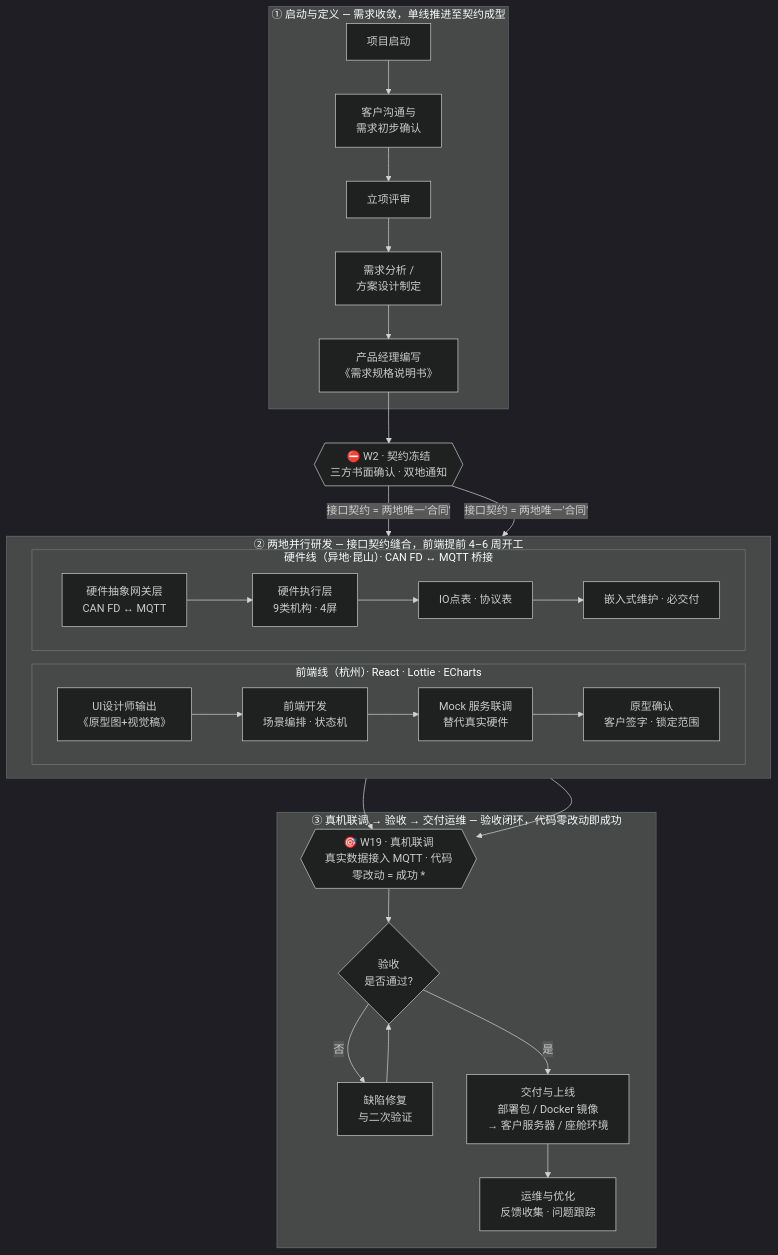
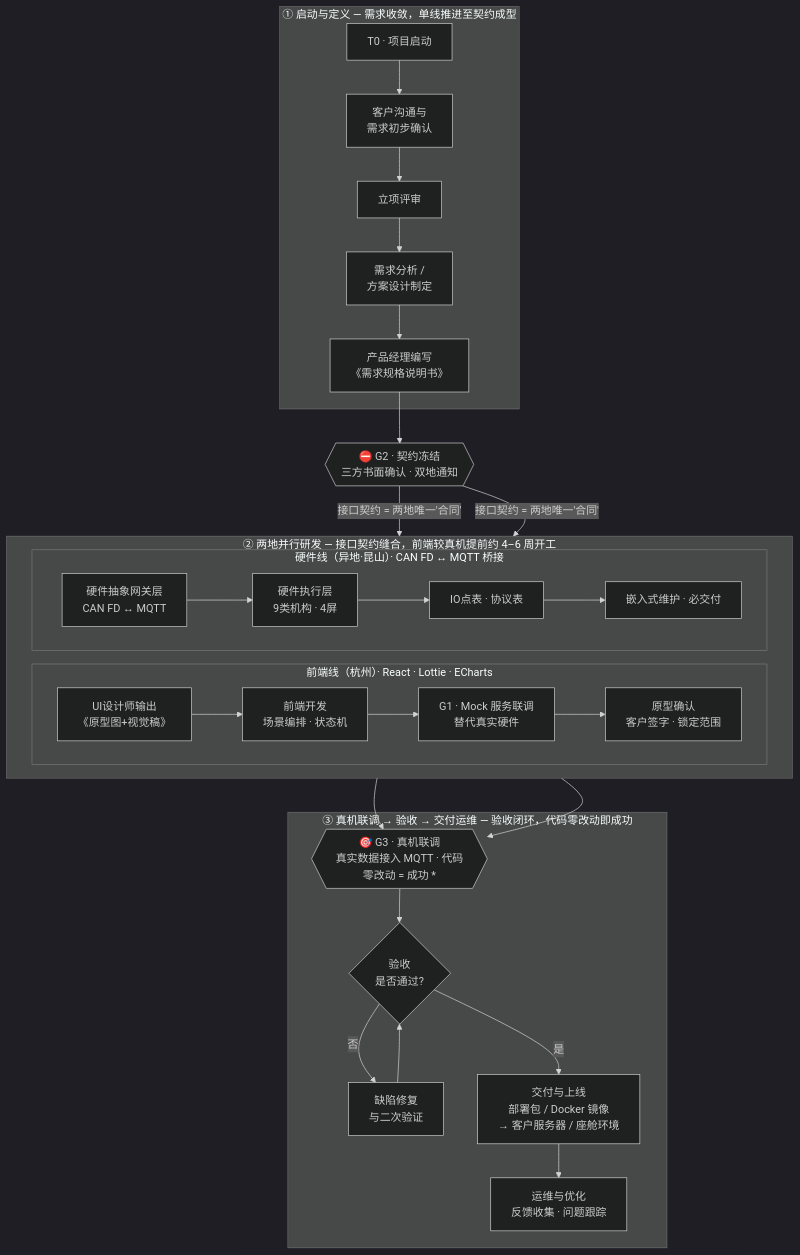
One commit to JOMECDESIGN/PMO-Operating-System changed the diagram in docs/dev-flow.md. Above: the diagram before and after it, drawn with Mermaid (dark theme). The commit also changed other lines of this file and 2 other files, not shown here.

First line of the commit message:
docs: de-couple dev-flow from fixed weeks; use relative gates G1/G2/G3

````diff
--- a/docs/dev-flow.md
+++ b/docs/dev-flow.md
@@ -22,30 +24,30 @@
 ```mermaid
 flowchart TD
     %% ① 启动与定义
     subgraph P1["① 启动与定义 — 需求收敛，单线推进至契约成型"]
-        A1[项目启动] --> A2[客户沟通与<br/>需求初步确认] --> A3[立项评审] --> A4[需求分析 /<br/>方案设计制定] --> A5[产品经理编写<br/>《需求规格说明书》]
+        A1[T0 · 项目启动] --> A2[客户沟通与<br/>需求初步确认] --> A3[立项评审] --> A4[需求分析 /<br/>方案设计制定] --> A5[产品经理编写<br/>《需求规格说明书》]
     end
-    A5 --> F2{{"⛔ W2 · 契约冻结<br/>三方书面确认 · 双地通知"}}
+    A5 --> F2{{"⛔ G2 · 契约冻结<br/>三方书面确认 · 双地通知"}}
 
     %% ② 两地并行研发
-    subgraph P2["② 两地并行研发 — 接口契约缝合，前端提前 4–6 周开工"]
+    subgraph P2["② 两地并行研发 — 接口契约缝合，前端较真机提前约 4–6 周开工"]
         direction LR
         subgraph FE["前端线（杭州）· React · Lottie · ECharts"]
-            B1[UI设计师输出<br/>《原型图+视觉稿》] --> B2[前端开发<br/>场景编排 · 状态机] --> B3[Mock 服务联调<br/>替代真实硬件] --> B4[原型确认<br/>客户签字 · 锁定范围]
+            B1[UI设计师输出<br/>《原型图+视觉稿》] --> B2[前端开发<br/>场景编排 · 状态机] --> B3[G1 · Mock 服务联调<br/>替代真实硬件] --> B4[原型确认<br/>客户签字 · 锁定范围]
         end
         subgraph HW["硬件线（异地·昆山）· CAN FD ↔ MQTT 桥接"]
             C1[硬件抽象网关层<br/>CAN FD ↔ MQTT] --> C2[硬件执行层<br/>9类机构 · 4屏] --> C3[IO点表 · 协议表] --> C4[嵌入式维护 · 必交付]
         end
     end
     F2 -->|"接口契约 = 两地唯一'合同'"| B1
     F2 -->|"接口契约 = 两地唯一'合同'"| C1
 
     %% ③ 真机联调 → 验收 → 交付运维
     B4 --> D1
     C4 --> D1
     subgraph P3["③ 真机联调 → 验收 → 交付运维 — 验收闭环，代码零改动即成功"]
-        D1{{"🎯 W19 · 真机联调<br/>真实数据接入 MQTT · 代码零改动 = 成功 *"}} --> D2{验收<br/>是否通过?}
+        D1{{"🎯 G3 · 真机联调<br/>真实数据接入 MQTT · 代码零改动 = 成功 *"}} --> D2{验收<br/>是否通过?}
         D2 -->|否| D3[缺陷修复<br/>与二次验证] --> D2
         D2 -->|是| D4[交付与上线<br/>部署包 / Docker 镜像<br/>→ 客户服务器 / 座舱环境] --> D5[运维与优化<br/>反馈收集 · 问题跟踪]
     end
 ```
````
